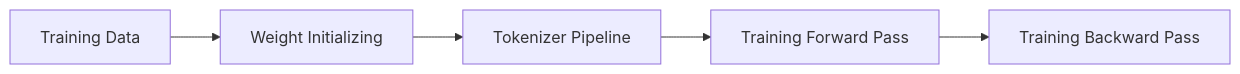
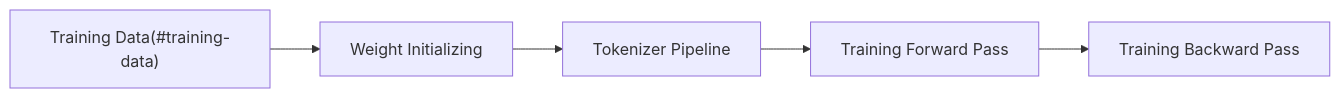
One commit to ChrisZhu2050/chriszhu2050.github.io changed the first of 16 diagrams in index.md. Above: the diagram before and after it, drawn with Mermaid.

````diff
--- a/index.md
+++ b/index.md
@@ -11,5 +11,5 @@
 ```mermaid
 
 graph LR
-    A[Training Data] --> B[Weight Initializing] --> C[Tokenizer Pipeline] --> D[Training Forward Pass] --> E[Training Backward Pass]
+    A["`Training Data(#training-data)`"] --> B[Weight Initializing] --> C[Tokenizer Pipeline] --> D[Training Forward Pass] --> E[Training Backward Pass]
 ```     
````
